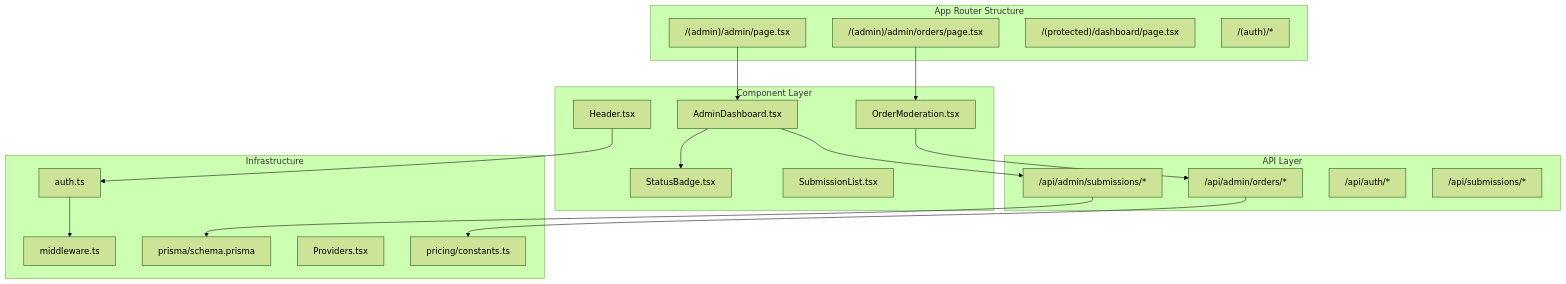
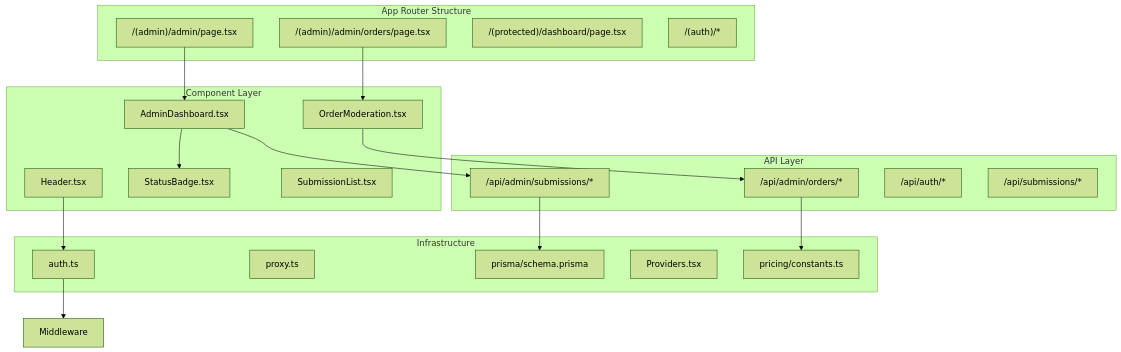
Before and after one commit to Crowdspender/titchybooks-app: the first of 7 diagrams in .qoder/repowiki/en/content/Administrative Features/Admin Dashboard Interface.md, drawn with Mermaid (forest theme). The commit also changed other lines of this file and 23 other files, not shown here.

````diff
--- a/.qoder/repowiki/en/content/Administrative Features/Admin Dashboard Interface.md
+++ b/.qoder/repowiki/en/content/Administrative Features/Admin Dashboard Interface.md
@@ -55,38 +55,38 @@
 ```mermaid
 graph TB
 subgraph "App Router Structure"
 AdminRoute["/(admin)/admin/page.tsx"]
 OrdersRoute["/(admin)/admin/orders/page.tsx"]
 ProtectedRoute["/(protected)/dashboard/page.tsx"]
 AuthRoutes["/(auth)/*"]
 end
 subgraph "Component Layer"
 AdminDashboard["AdminDashboard.tsx"]
 OrderModeration["OrderModeration.tsx"]
 Header["Header.tsx"]
 StatusBadge["StatusBadge.tsx"]
 SubmissionList["SubmissionList.tsx"]
 end
 subgraph "API Layer"
 AdminAPI["/api/admin/submissions/*"]
 OrdersAPI["/api/admin/orders/*"]
 AuthAPI["/api/auth/*"]
 SubmissionAPI["/api/submissions/*"]
 end
 subgraph "Infrastructure"
 AuthConfig["auth.ts"]
-Middleware["middleware.ts"]
+Proxy["proxy.ts"]
 Prisma["prisma/schema.prisma"]
 Providers["Providers.tsx"]
 PricingConstants["pricing/constants.ts"]
 end
 AdminRoute --> AdminDashboard
 OrdersRoute --> OrderModeration
 AdminDashboard --> AdminAPI
 OrderModeration --> OrdersAPI
 AdminDashboard --> StatusBadge
 Header --> AuthConfig
 AuthConfig --> Middleware
 AdminAPI --> Prisma
 OrdersAPI --> PricingConstants
 ```
````
